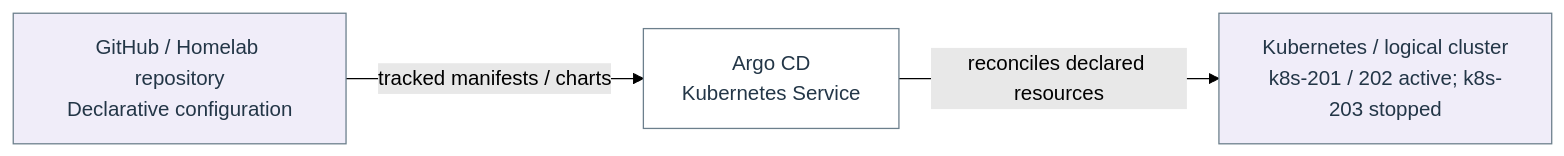
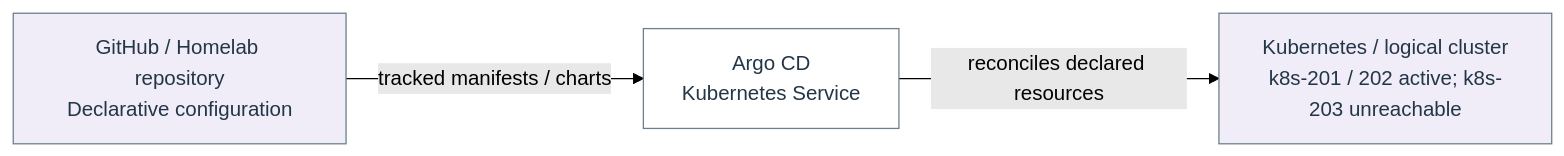
Before and after one commit to Harsh-2002/Homelab: diagram 15 of 22 in docs/architecture/homelab-mermaid.md, drawn with Mermaid (forest theme). The commit also changed other lines of this file and 67 other files, not shown here.

````diff
--- a/docs/architecture/homelab-mermaid.md
+++ b/docs/architecture/homelab-mermaid.md
@@ -505,12 +505,12 @@
 ```mermaid
 flowchart LR
   n_flow_17_0["GitHub / Homelab repository<br/>Declarative configuration"]
   n_flow_17_1["Argo CD<br/>Kubernetes Service"]
-  n_flow_17_2["Kubernetes / logical cluster<br/>k8s-201 / 202 active; k8s-203 stopped"]
+  n_flow_17_2["Kubernetes / logical cluster<br/>k8s-201 / 202 active; k8s-203 unreachable"]
   n_flow_17_0 -->|"tracked manifests / charts"| n_flow_17_1
   n_flow_17_1 -->|"reconciles declared resources"| n_flow_17_2
   classDef c_flow_17_0 fill:#f0edf9,stroke:#6c7f8c,color:#233647;
   class n_flow_17_0,n_flow_17_2 c_flow_17_0;
   classDef c_flow_17_1 fill:#ffffff,stroke:#6c7f8c,color:#233647;
   class n_flow_17_1 c_flow_17_1;
 ```
````
